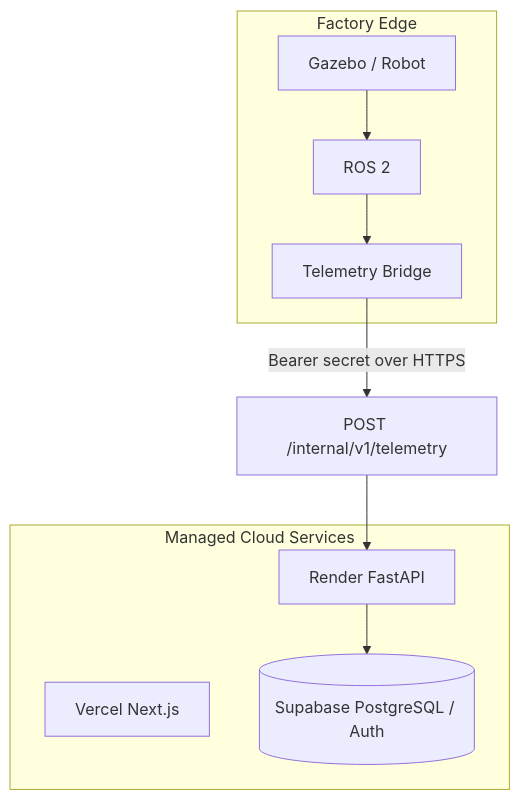
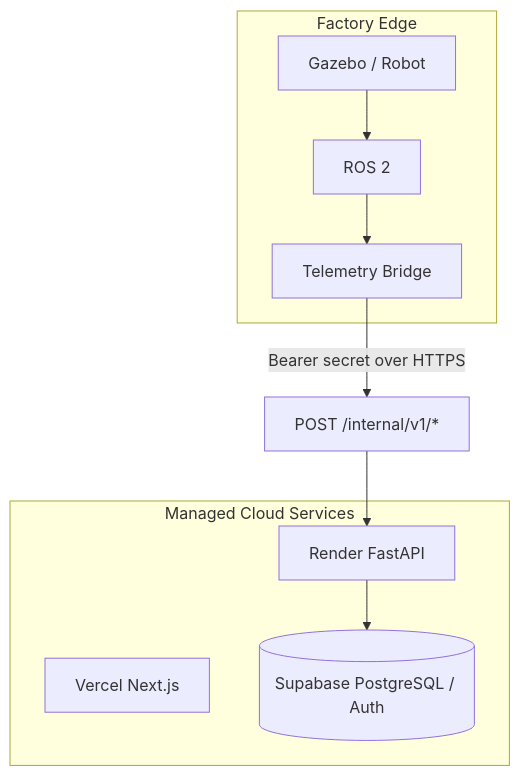
Before and after one commit to HoangTuBangGia/EV-Factory-Twin: diagram 14 of 14 in docs/architecture.md, drawn with Mermaid. The commit also changed other lines of this file and 20 other files, not shown here.

Commit message:
feat(edge): add multi-robot telemetry and task bridge

````diff
--- a/docs/architecture.md
+++ b/docs/architecture.md
@@ -2343,23 +2345,23 @@
 ```mermaid
 flowchart TB
 
     subgraph CLOUD["Managed Cloud Services"]
         WEB[Vercel Next.js]
         API[Render FastAPI]
         DB[(Supabase PostgreSQL / Auth)]
 
         API --> DB
     end
 
     subgraph EDGE["Factory Edge"]
         ROS[ROS 2]
         BRIDGE[Telemetry Bridge]
         ROBOT[Gazebo / Robot]
 
         ROBOT --> ROS
         ROS --> BRIDGE
     end
 
-    BRIDGE -->|Bearer secret over HTTPS| EDGEAPI[POST /internal/v1/telemetry]
+    BRIDGE -->|Bearer secret over HTTPS| EDGEAPI[POST /internal/v1/*]
     EDGEAPI --> API
 ```
````
